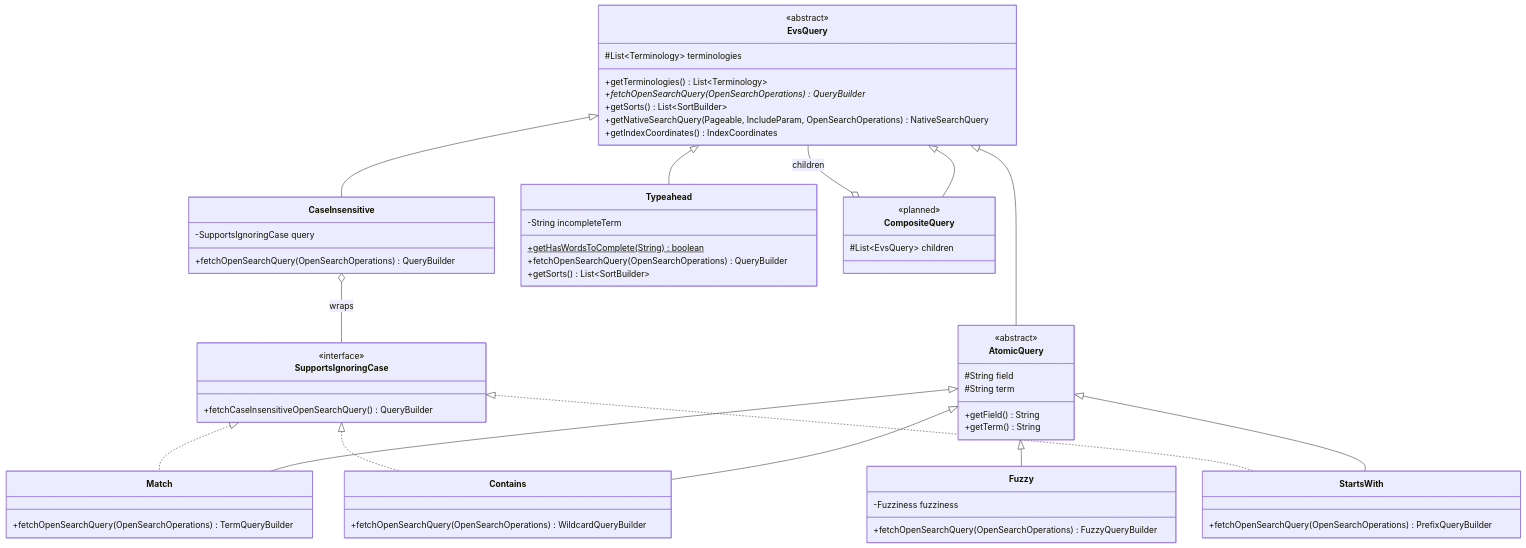
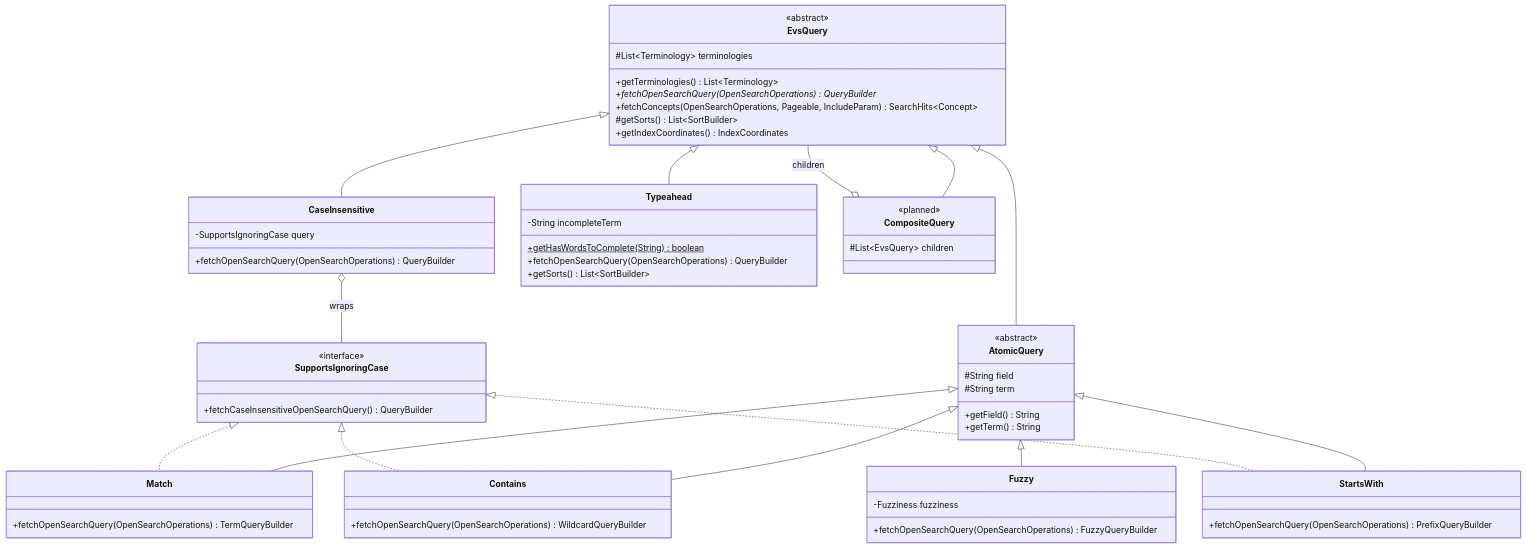
The diagram in src/main/java/gov/nih/nci/evs/api/query/README.md (WestCoastInformatics/evsrestapi), drawn with Mermaid before and after one commit. The commit also changed other lines of this file and 4 other files, not shown here.

First line of the commit message:
Run typeahead through fetchConcepts

````diff
--- a/src/main/java/gov/nih/nci/evs/api/query/README.md
+++ b/src/main/java/gov/nih/nci/evs/api/query/README.md
@@ -20,72 +20,72 @@
 ```mermaid
 classDiagram
     direction TB
 
     class EvsQuery {
         <<abstract>>
         #List~Terminology~ terminologies
         +getTerminologies() List~Terminology~
         +fetchOpenSearchQuery(OpenSearchOperations)* QueryBuilder
-        +getSorts() List~SortBuilder~
-        +getNativeSearchQuery(Pageable, IncludeParam, OpenSearchOperations) NativeSearchQuery
+        +fetchConcepts(OpenSearchOperations, Pageable, IncludeParam) SearchHits~Concept~
+        #getSorts() List~SortBuilder~
         +getIndexCoordinates() IndexCoordinates
     }
 
     class AtomicQuery {
         <<abstract>>
         #String field
         #String term
         +getField() String
         +getTerm() String
     }
 
     class SupportsIgnoringCase {
         <<interface>>
         +fetchCaseInsensitiveOpenSearchQuery() QueryBuilder
     }
 
     class CaseInsensitive {
         -SupportsIgnoringCase query
         +fetchOpenSearchQuery(OpenSearchOperations) QueryBuilder
     }
 
     class Match {
         +fetchOpenSearchQuery(OpenSearchOperations) TermQueryBuilder
     }
     class Contains {
         +fetchOpenSearchQuery(OpenSearchOperations) WildcardQueryBuilder
     }
     class StartsWith {
         +fetchOpenSearchQuery(OpenSearchOperations) PrefixQueryBuilder
     }
     class Fuzzy {
         -Fuzziness fuzziness
         +fetchOpenSearchQuery(OpenSearchOperations) FuzzyQueryBuilder
     }
 
     class Typeahead {
         -String incompleteTerm
         +getHasWordsToComplete(String)$ boolean
         +fetchOpenSearchQuery(OpenSearchOperations) QueryBuilder
         +getSorts() List~SortBuilder~
     }
 
     class CompositeQuery {
         <<planned>>
         #List~EvsQuery~ children
     }
 
     EvsQuery <|-- AtomicQuery
     EvsQuery <|-- CompositeQuery
     EvsQuery <|-- CaseInsensitive
     EvsQuery <|-- Typeahead
     AtomicQuery <|-- Match
     AtomicQuery <|-- Contains
     AtomicQuery <|-- StartsWith
     AtomicQuery <|-- Fuzzy
     SupportsIgnoringCase <|.. Match
     SupportsIgnoringCase <|.. Contains
     SupportsIgnoringCase <|.. StartsWith
     CompositeQuery o-- EvsQuery : children
     CaseInsensitive o-- SupportsIgnoringCase : wraps
 ```
````
